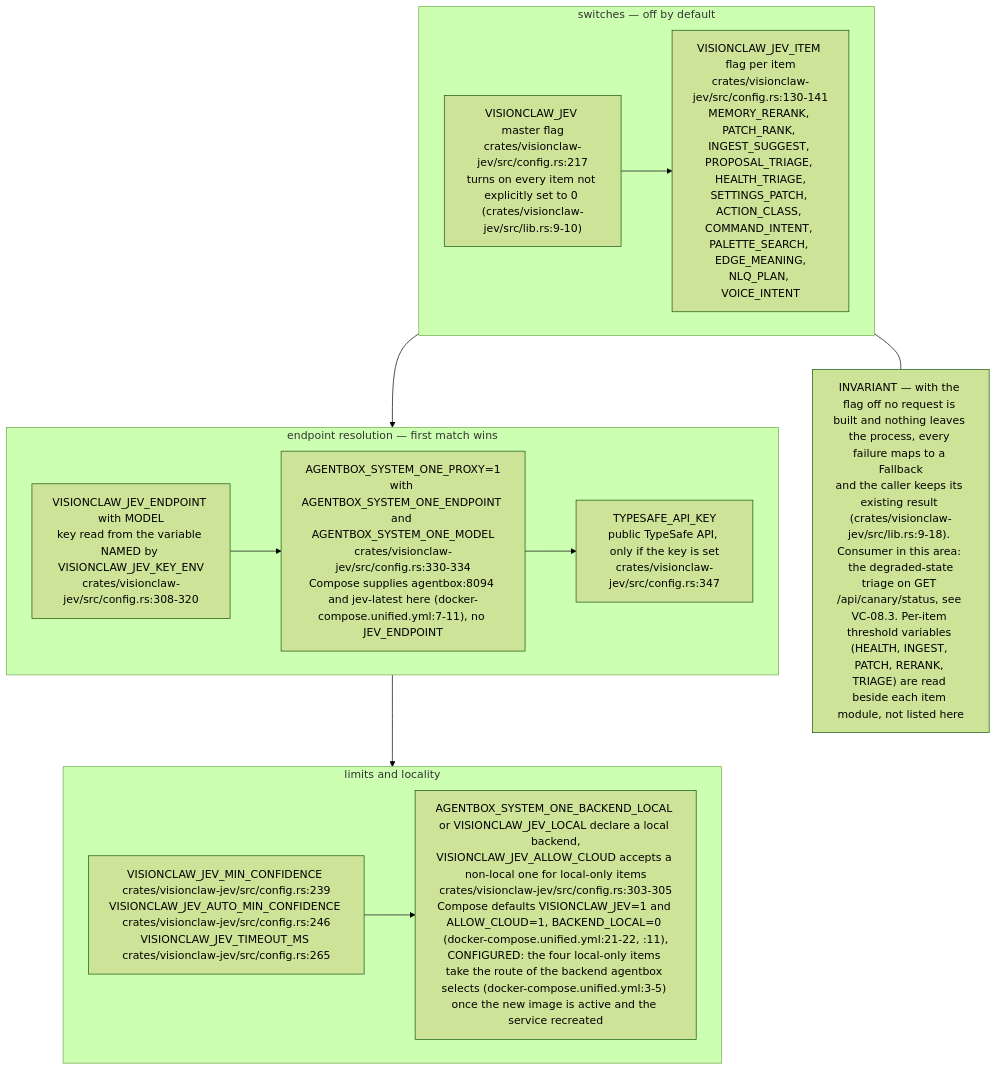
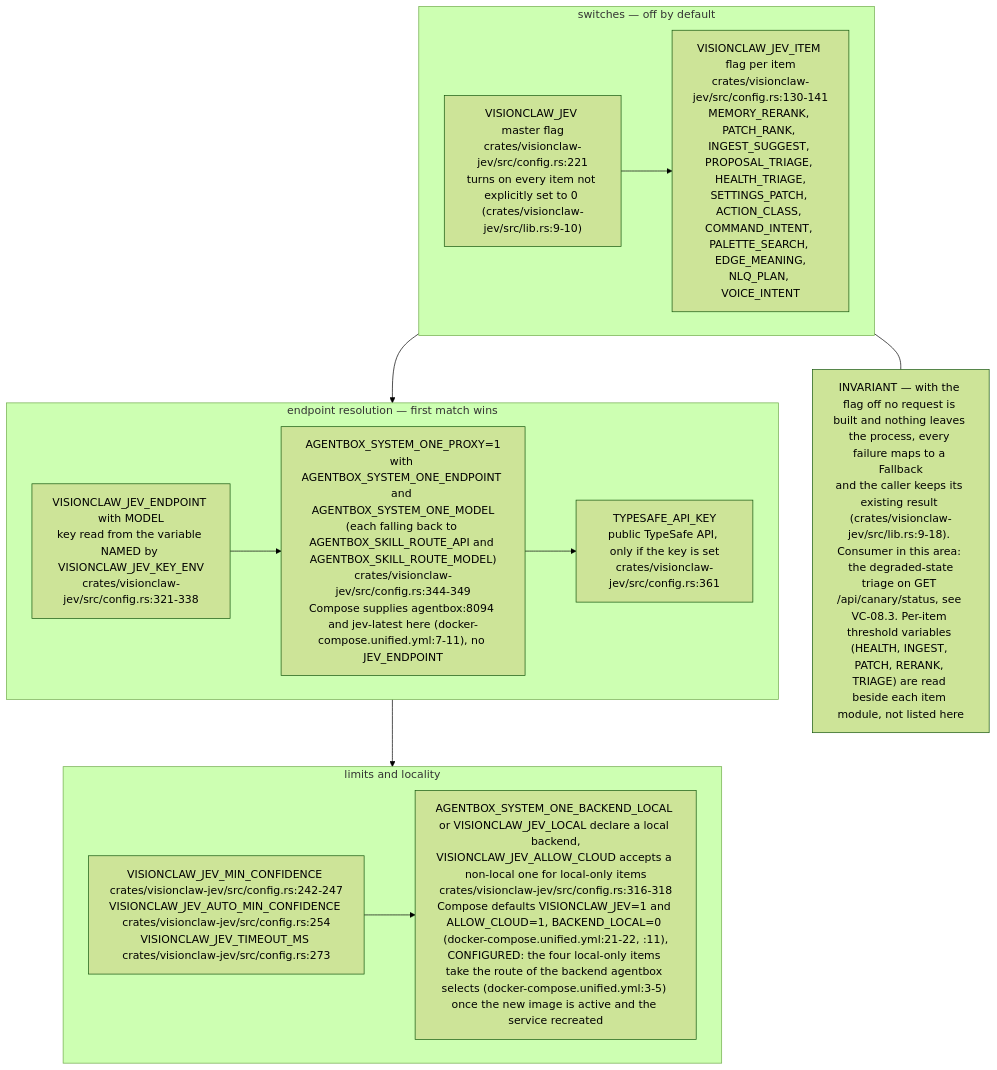
Diagram 16 of 16 in docs/diagrams/visionclaw/09-config-and-env-flags.md (DreamLab-AI/VisionFlow), drawn with Mermaid (forest theme) before and after one commit. The commit also changed other lines of this file and 49 other files, not shown here.

First line of the commit message:
docs(diagrams): re-derive and re-stamp VisionClaw, estate, knowledge-graph, visionGraph, VisionFlow and sidestr topics

````diff
--- a/docs/diagrams/visionclaw/09-config-and-env-flags.md
+++ b/docs/diagrams/visionclaw/09-config-and-env-flags.md
@@ -591,15 +591,15 @@
 ```mermaid
 flowchart TB
     subgraph ON["switches — off by default"]
-        J1["VISIONCLAW_JEV master flag<br/>crates/visionclaw-jev/src/config.rs:217<br/>turns on every item not explicitly set to 0 (crates/visionclaw-jev/src/lib.rs:9-10)"] --> J2["VISIONCLAW_JEV_ITEM flag per item<br/>crates/visionclaw-jev/src/config.rs:130-141<br/>MEMORY_RERANK, PATCH_RANK, INGEST_SUGGEST, PROPOSAL_TRIAGE, HEALTH_TRIAGE,<br/>SETTINGS_PATCH, ACTION_CLASS, COMMAND_INTENT, PALETTE_SEARCH, EDGE_MEANING,<br/>NLQ_PLAN, VOICE_INTENT"]
+        J1["VISIONCLAW_JEV master flag<br/>crates/visionclaw-jev/src/config.rs:221<br/>turns on every item not explicitly set to 0 (crates/visionclaw-jev/src/lib.rs:9-10)"] --> J2["VISIONCLAW_JEV_ITEM flag per item<br/>crates/visionclaw-jev/src/config.rs:130-141<br/>MEMORY_RERANK, PATCH_RANK, INGEST_SUGGEST, PROPOSAL_TRIAGE, HEALTH_TRIAGE,<br/>SETTINGS_PATCH, ACTION_CLASS, COMMAND_INTENT, PALETTE_SEARCH, EDGE_MEANING,<br/>NLQ_PLAN, VOICE_INTENT"]
     end
     subgraph EP["endpoint resolution — first match wins"]
-        E1["VISIONCLAW_JEV_ENDPOINT with MODEL<br/>key read from the variable NAMED by VISIONCLAW_JEV_KEY_ENV<br/>crates/visionclaw-jev/src/config.rs:308-320"] --> E2["AGENTBOX_SYSTEM_ONE_PROXY=1<br/>with AGENTBOX_SYSTEM_ONE_ENDPOINT and AGENTBOX_SYSTEM_ONE_MODEL<br/>crates/visionclaw-jev/src/config.rs:330-334<br/>Compose supplies agentbox:8094 and jev-latest here (docker-compose.unified.yml:7-11), no JEV_ENDPOINT"] --> E3["TYPESAFE_API_KEY<br/>public TypeSafe API, only if the key is set<br/>crates/visionclaw-jev/src/config.rs:347"]
+        E1["VISIONCLAW_JEV_ENDPOINT with MODEL<br/>key read from the variable NAMED by VISIONCLAW_JEV_KEY_ENV<br/>crates/visionclaw-jev/src/config.rs:321-338"] --> E2["AGENTBOX_SYSTEM_ONE_PROXY=1<br/>with AGENTBOX_SYSTEM_ONE_ENDPOINT and AGENTBOX_SYSTEM_ONE_MODEL<br/>(each falling back to AGENTBOX_SKILL_ROUTE_API and AGENTBOX_SKILL_ROUTE_MODEL)<br/>crates/visionclaw-jev/src/config.rs:344-349<br/>Compose supplies agentbox:8094 and jev-latest here (docker-compose.unified.yml:7-11), no JEV_ENDPOINT"] --> E3["TYPESAFE_API_KEY<br/>public TypeSafe API, only if the key is set<br/>crates/visionclaw-jev/src/config.rs:361"]
     end
     subgraph LIM["limits and locality"]
-        L1["VISIONCLAW_JEV_MIN_CONFIDENCE crates/visionclaw-jev/src/config.rs:239<br/>VISIONCLAW_JEV_AUTO_MIN_CONFIDENCE crates/visionclaw-jev/src/config.rs:246<br/>VISIONCLAW_JEV_TIMEOUT_MS crates/visionclaw-jev/src/config.rs:265"] --> L2["AGENTBOX_SYSTEM_ONE_BACKEND_LOCAL or VISIONCLAW_JEV_LOCAL declare a local backend,<br/>VISIONCLAW_JEV_ALLOW_CLOUD accepts a non-local one for local-only items<br/>crates/visionclaw-jev/src/config.rs:303-305<br/>Compose defaults VISIONCLAW_JEV=1 and ALLOW_CLOUD=1, BACKEND_LOCAL=0 (docker-compose.unified.yml:21-22, :11),<br/>CONFIGURED: the four local-only items take the route of the backend agentbox selects (docker-compose.unified.yml:3-5) once the new image is active and the service recreated"]
+        L1["VISIONCLAW_JEV_MIN_CONFIDENCE crates/visionclaw-jev/src/config.rs:242-247<br/>VISIONCLAW_JEV_AUTO_MIN_CONFIDENCE crates/visionclaw-jev/src/config.rs:254<br/>VISIONCLAW_JEV_TIMEOUT_MS crates/visionclaw-jev/src/config.rs:273"] --> L2["AGENTBOX_SYSTEM_ONE_BACKEND_LOCAL or VISIONCLAW_JEV_LOCAL declare a local backend,<br/>VISIONCLAW_JEV_ALLOW_CLOUD accepts a non-local one for local-only items<br/>crates/visionclaw-jev/src/config.rs:316-318<br/>Compose defaults VISIONCLAW_JEV=1 and ALLOW_CLOUD=1, BACKEND_LOCAL=0 (docker-compose.unified.yml:21-22, :11),<br/>CONFIGURED: the four local-only items take the route of the backend agentbox selects (docker-compose.unified.yml:3-5) once the new image is active and the service recreated"]
     end
     ON --> EP --> LIM
     N["INVARIANT — with the flag off no request is built and nothing leaves the process, every failure maps to a Fallback<br/>and the caller keeps its existing result (crates/visionclaw-jev/src/lib.rs:9-18). Consumer in this area: the degraded-state<br/>triage on GET /api/canary/status, see VC-08.3. Per-item threshold variables (HEALTH, INGEST, PATCH, RERANK, TRIAGE) are read beside each item module, not listed here"]
     ON --- N
 ```
````
